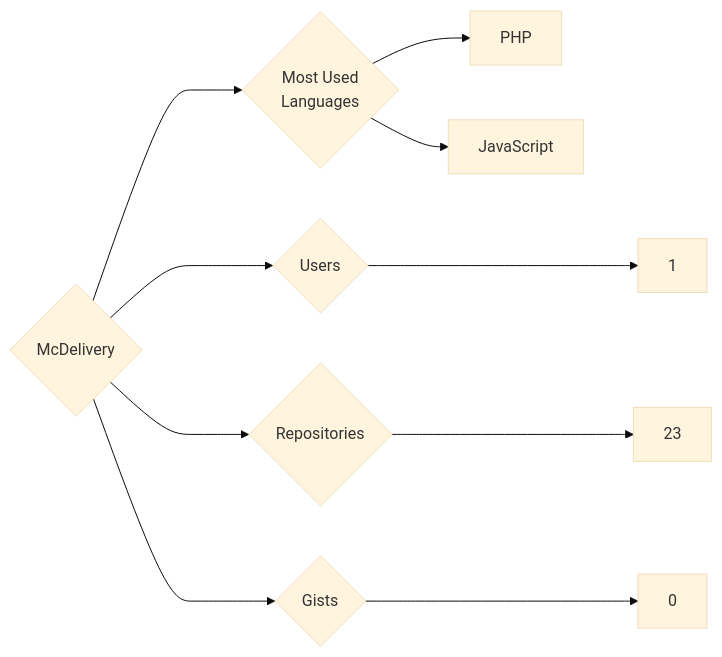
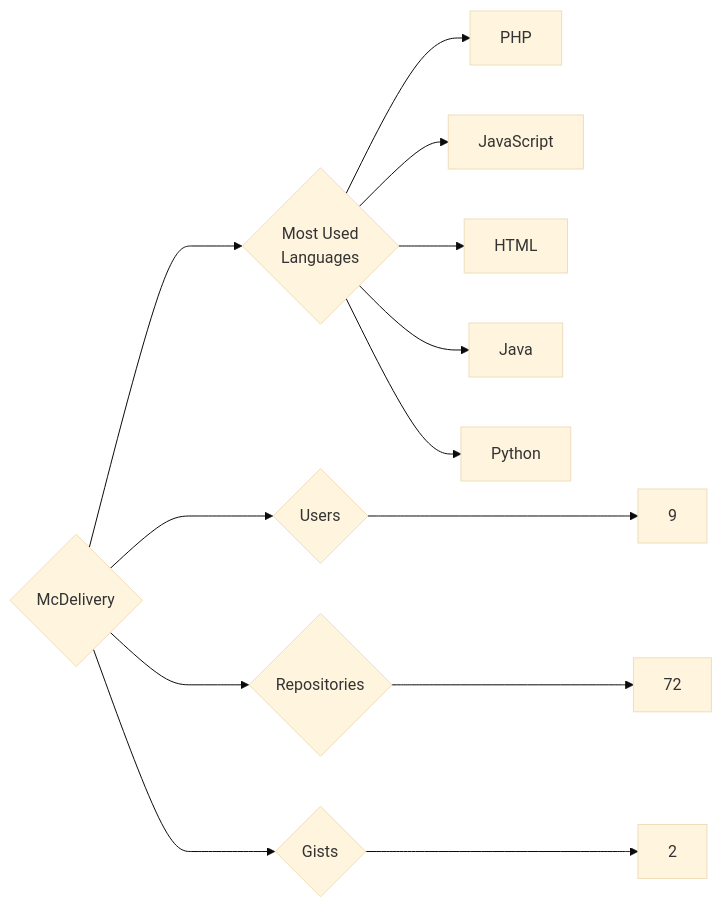
The diagram in targets/McDelivery/README.md (trickest/insiders), drawn with Mermaid (base theme) before and after one commit. The commit also changed 912 other files, not shown here.

````diff
--- a/targets/McDelivery/README.md
+++ b/targets/McDelivery/README.md
@@ -3,10 +3,13 @@
 ```mermaid
 graph LR
 COMPANY_NAME{McDelivery}
-COMPANY_NAME ---> U{Users} ---> UN[1]
-COMPANY_NAME ---> R{Repositories} ---> RN[23]
-COMPANY_NAME ---> G{Gists} ---> GN[0]
+COMPANY_NAME ---> U{Users} ---> UN[9]
+COMPANY_NAME ---> R{Repositories} ---> RN[72]
+COMPANY_NAME ---> G{Gists} ---> GN[2]
 COMPANY_NAME ---> ML{Most Used<br>Languages}
 ML --> PHP[PHP]
 ML --> JavaScript[JavaScript]
+ML --> HTML[HTML]
+ML --> Java[Java]
+ML --> Python[Python]
 ```
````
